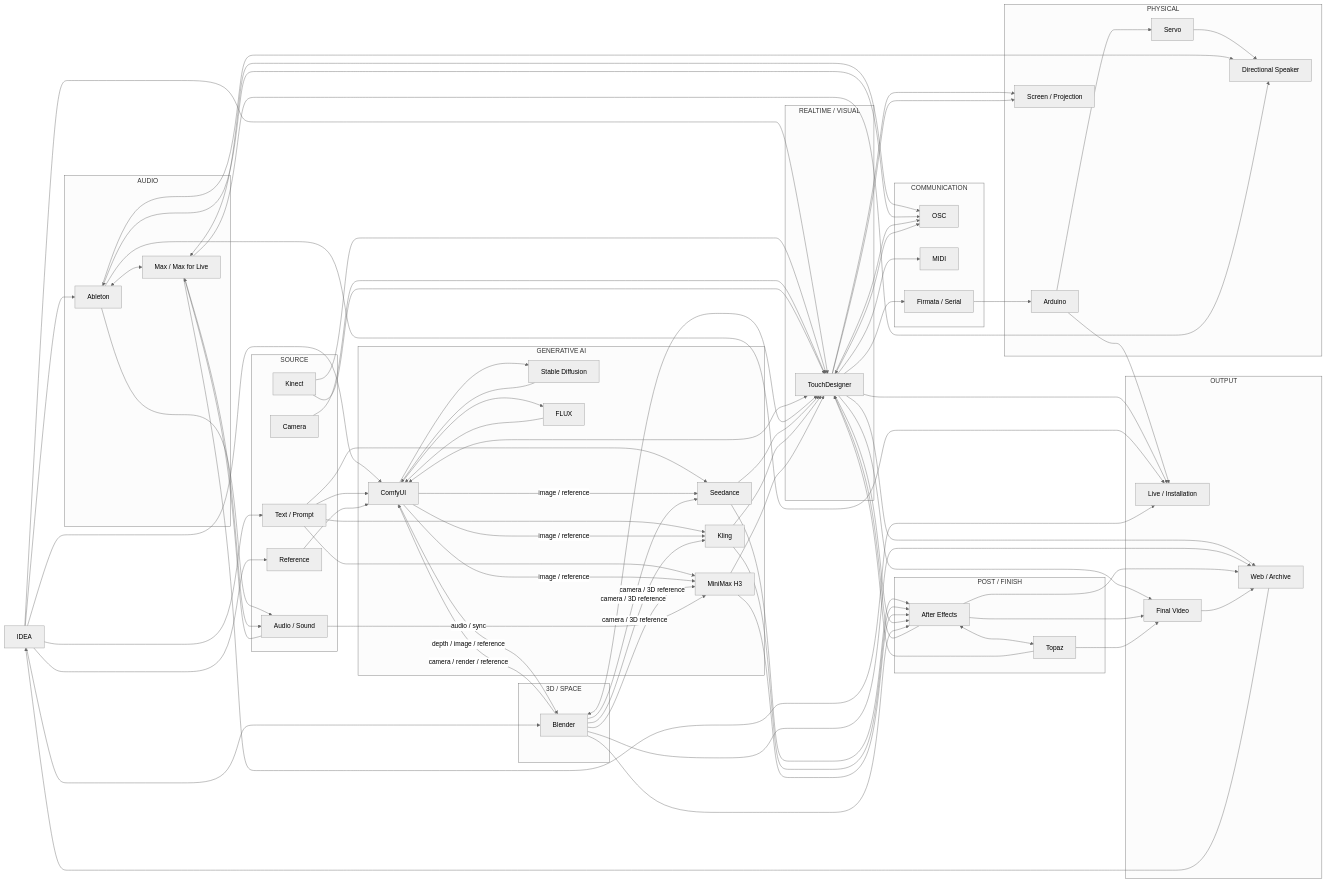
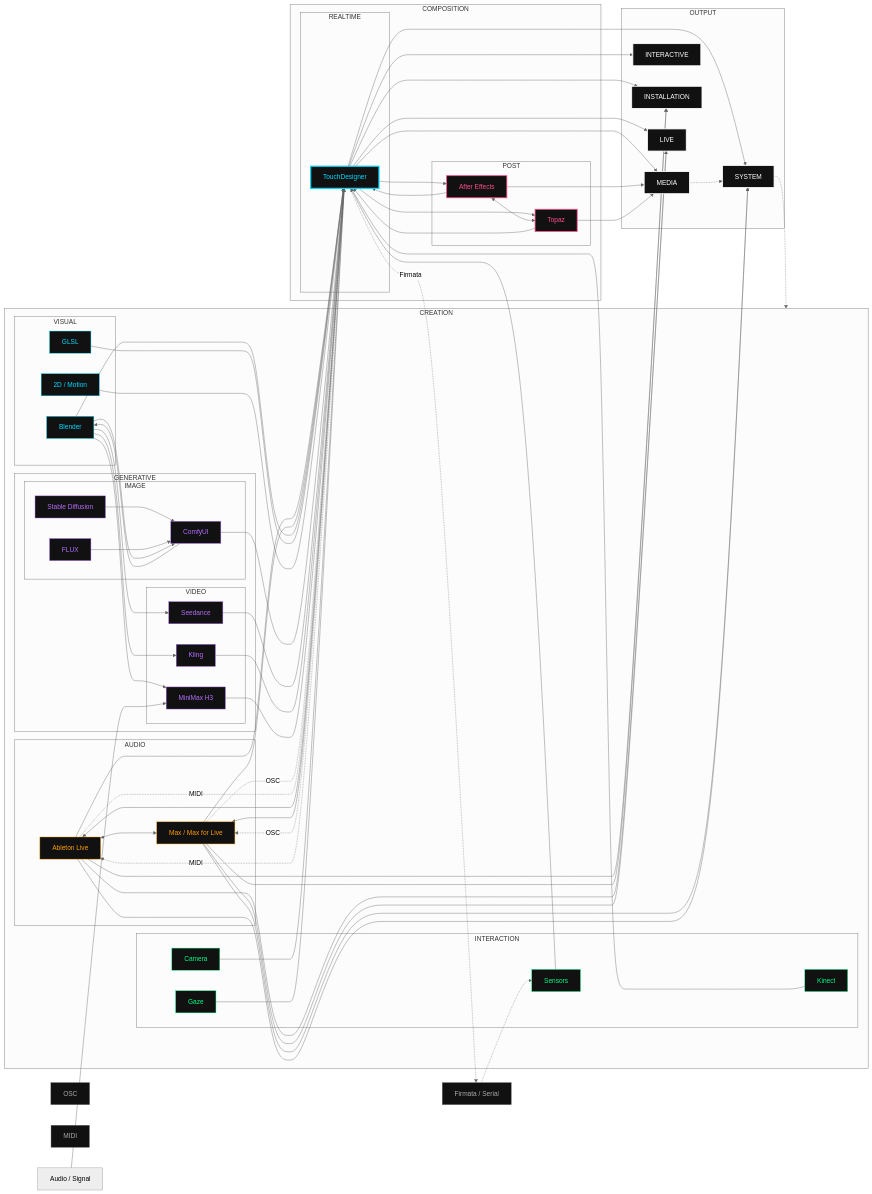
Before and after one commit to oseconds/oseconds: the diagram in mermaid/workflowchart.md, drawn with Mermaid (neutral theme).

Commit message:
Refactor workflowchart with updated subgraphs and connections

````diff
--- a/mermaid/workflowchart.md
+++ b/mermaid/workflowchart.md
@@ -2,177 +2,208 @@
 
 flowchart LR
 
-    IDEA["IDEA"]
+    %% =========================
+    %% CREATION
+    %% =========================
 
-    subgraph SOURCE["SOURCE"]
-        KINECT["Kinect"]
-        CAMERA["Camera"]
-        TEXT["Text / Prompt"]
-        AUDIO_SRC["Audio / Sound"]
-        REFERENCE["Reference"]
-    end
+    subgraph CREATION["CREATION"]
 
-    subgraph AUDIO["AUDIO"]
-        ABLETON["Ableton"]
-        MAX["Max / Max for Live"]
-    end
+        subgraph AUDIO["AUDIO"]
+            ABLETON["Ableton Live"]
+            MAX["Max / Max for Live"]
+        end
 
-    subgraph REALTIME["REALTIME / VISUAL"]
-        TD["TouchDesigner"]
-    end
+        subgraph VISUAL["VISUAL"]
+            BLENDER["Blender"]
+            GLSL["GLSL"]
+            MOTION["2D / Motion"]
+        end
 
-    subgraph GENAI["GENERATIVE AI"]
-        COMFY["ComfyUI"]
-        SD["Stable Diffusion"]
-        FLUX["FLUX"]
+        subgraph GENERATIVE["GENERATIVE"]
 
-        SEEDANCE["Seedance"]
-        KLING["Kling"]
-        H3["MiniMax H3"]
-    end
+            subgraph IMAGE["IMAGE"]
+                COMFY["ComfyUI"]
+                SD["Stable Diffusion"]
+                FLUX["FLUX"]
+            end
 
-    subgraph THREE_D["3D / SPACE"]
-        BLENDER["Blender"]
-    end
+            subgraph VIDEO["VIDEO"]
+                SEEDANCE["Seedance"]
+                KLING["Kling"]
+                H3["MiniMax H3"]
+            end
 
-    subgraph POST["POST / FINISH"]
-        AE["After Effects"]
-        TOPAZ["Topaz"]
-    end
+        end
 
-    subgraph COMM["COMMUNICATION"]
-        OSC["OSC"]
-        MIDI["MIDI"]
-        FIRMATA["Firmata / Serial"]
-    end
+        subgraph INTERACTION["INTERACTION"]
+            KINECT["Kinect"]
+            CAMERA["Camera"]
+            GAZE["Gaze"]
+            SENSORS["Sensors"]
+        end
 
-    subgraph PHYSICAL["PHYSICAL"]
-        ARDUINO["Arduino"]
-        SERVO["Servo"]
-        SPEAKER["Directional Speaker"]
-        SCREEN["Screen / Projection"]
-    end
-
-    subgraph OUTPUT["OUTPUT"]
-        WEB["Web / Archive"]
-        LIVE["Live / Installation"]
-        VIDEO["Final Video"]
     end
 
 
-    %% IDEA / SOURCE
-    IDEA --> TEXT
-    IDEA --> REFERENCE
-    IDEA --> ABLETON
-    IDEA --> TD
-    IDEA --> COMFY
-    IDEA --> BLENDER
+    %% =========================
+    %% COMPOSITION
+    %% =========================
 
-    KINECT --> TD
-    CAMERA --> TD
-    AUDIO_SRC --> MAX
+    subgraph COMPOSITION["COMPOSITION"]
+
+        subgraph REALTIME["REALTIME"]
+            TD["TouchDesigner"]
+        end
+
+        subgraph POST["POST"]
+            AE["After Effects"]
+            TOPAZ["Topaz"]
+        end
+
+    end
 
 
-    %% AUDIO
-    ABLETON <--> MAX
-    MAX <--> OSC
-    ABLETON <--> OSC
+    %% =========================
+    %% OUTPUT
+    %% =========================
 
-    OSC <--> TD
+    subgraph OUTPUT["OUTPUT"]
 
-    ABLETON --> AUDIO_SRC
-    MAX --> AUDIO_SRC
+        MEDIA["MEDIA"]
+        INTERACTIVE_OUT["INTERACTIVE"]
+        INSTALLATION["INSTALLATION"]
+        LIVE["LIVE"]
+        SYSTEM["SYSTEM"]
+
+    end
 
 
-    %% REALTIME
-    KINECT --> TD
-    TD --> SCREEN
+    %% =========================
+    %% CREATION → COMPOSITION
+    %% =========================
 
+    ABLETON <--> MAX
 
-    %% IMAGE GENERATION
-    TEXT --> COMFY
-    REFERENCE --> COMFY
+    ABLETON --> TD
+    MAX --> TD
+    TD --> ABLETON
+    TD --> MAX
 
-    COMFY --> SD
-    COMFY --> FLUX
+    BLENDER --> TD
+    GLSL --> TD
+    MOTION --> TD
 
+    COMFY --> TD
     SD --> COMFY
     FLUX --> COMFY
 
-    COMFY <--> TD
-
-
-    %% IMAGE → 3D
-    COMFY -->|"depth / image / reference"| BLENDER
-
-    BLENDER -->|"camera / render / reference"| COMFY
-    BLENDER <--> TD
-
-
-    %% VIDEO GENERATION
-    TEXT --> SEEDANCE
-    TEXT --> KLING
-    TEXT --> H3
-
-    COMFY -->|"image / reference"| SEEDANCE
-    COMFY -->|"image / reference"| KLING
-    COMFY -->|"image / reference"| H3
-
-    BLENDER -->|"camera / 3D reference"| SEEDANCE
-    BLENDER -->|"camera / 3D reference"| KLING
-    BLENDER -->|"camera / 3D reference"| H3
-
-    AUDIO_SRC -->|"audio / sync"| H3
+    COMFY --> BLENDER
+    BLENDER --> COMFY
 
     SEEDANCE --> TD
     KLING --> TD
     H3 --> TD
 
-    SEEDANCE --> AE
-    KLING --> AE
-    H3 --> AE
+    BLENDER --> SEEDANCE
+    BLENDER --> KLING
+    BLENDER --> H3
+
+    AUDIO_SIGNAL["Audio / Signal"] --> H3
+
+    KINECT --> TD
+    CAMERA --> TD
+    GAZE --> TD
+    SENSORS --> TD
 
 
-    %% POST
+    %% =========================
+    %% REALTIME ↔ POST
+    %% =========================
+
     TD --> AE
-    BLENDER --> AE
+    AE --> TD
+
+    TD --> TOPAZ
+    TOPAZ --> TD
 
     AE <--> TOPAZ
 
-    AE --> TD
-    TOPAZ --> TD
+
+    %% =========================
+    %% COMPOSITION → OUTPUT
+    %% =========================
+
+    TD --> MEDIA
+    AE --> MEDIA
+    TOPAZ --> MEDIA
+
+    TD --> INTERACTIVE_OUT
+    TD --> INSTALLATION
+    TD --> LIVE
+
+    ABLETON --> LIVE
+    MAX --> LIVE
+
+    ABLETON --> INSTALLATION
+    MAX --> INSTALLATION
+
+    TD --> SYSTEM
+    MAX --> SYSTEM
+    ABLETON --> SYSTEM
 
 
-    %% SIGNAL / HARDWARE
-    TD --> OSC
-    TD --> MIDI
-    TD --> FIRMATA
+    %% =========================
+    %% OUTPUT FEEDBACK
+    %% =========================
 
-    FIRMATA --> ARDUINO
-    ARDUINO --> SERVO
-    SERVO --> SPEAKER
-
-    ABLETON --> SPEAKER
-    MAX --> SPEAKER
-
-    TD --> SCREEN
+    MEDIA -.-> SYSTEM
+    SYSTEM -.-> CREATION
 
 
-    %% OUTPUT
-    TD --> VIDEO
-    AE --> VIDEO
-    TOPAZ --> VIDEO
+    %% =========================
+    %% COMMUNICATION
+    %% =========================
 
-    TD --> WEB
-    BLENDER --> WEB
-    AE --> WEB
-    VIDEO --> WEB
+    OSC["OSC"]
+    MIDI["MIDI"]
+    FIRMATA["Firmata / Serial"]
 
-    TD --> LIVE
-    ABLETON --> LIVE
-    MAX --> LIVE
-    ARDUINO --> LIVE
+    TD -. OSC .-> MAX
+    MAX -. OSC .-> TD
 
-    WEB --> IDEA
+    TD -. MIDI .-> ABLETON
+    ABLETON -. MIDI .-> TD
+
+    TD -. Firmata .-> FIRMATA
+    FIRMATA -.-> SENSORS
+
+
+    %% =========================
+    %% STYLES
+    %% =========================
+
+    classDef creation fill:#111,stroke:#888,color:#fff;
+    classDef audio fill:#111,stroke:#ff9d00,color:#ff9d00;
+    classDef visual fill:#111,stroke:#00d9ff,color:#00d9ff;
+    classDef ai fill:#111,stroke:#b56cff,color:#b56cff;
+    classDef interaction fill:#111,stroke:#00ff88,color:#00ff88;
+
+    classDef realtime fill:#111,stroke:#00d9ff,stroke-width:3px,color:#00d9ff;
+    classDef post fill:#111,stroke:#ff4d8d,stroke-width:2px,color:#ff4d8d;
+
+    classDef output fill:#111,stroke:#fff,stroke-width:2px,color:#fff;
+    classDef communication fill:#111,stroke:#777,color:#aaa;
+
+    class ABLETON,MAX audio;
+    class BLENDER,GLSL,MOTION visual;
+    class COMFY,SD,FLUX,SEEDANCE,KLING,H3 ai;
+    class KINECT,CAMERA,GAZE,SENSORS interaction;
+
+    class TD realtime;
+    class AE,TOPAZ post;
+
+    class MEDIA,INTERACTIVE_OUT,INSTALLATION,LIVE,SYSTEM output;
+
+    class OSC,MIDI,FIRMATA communication;
 
 ```
````
